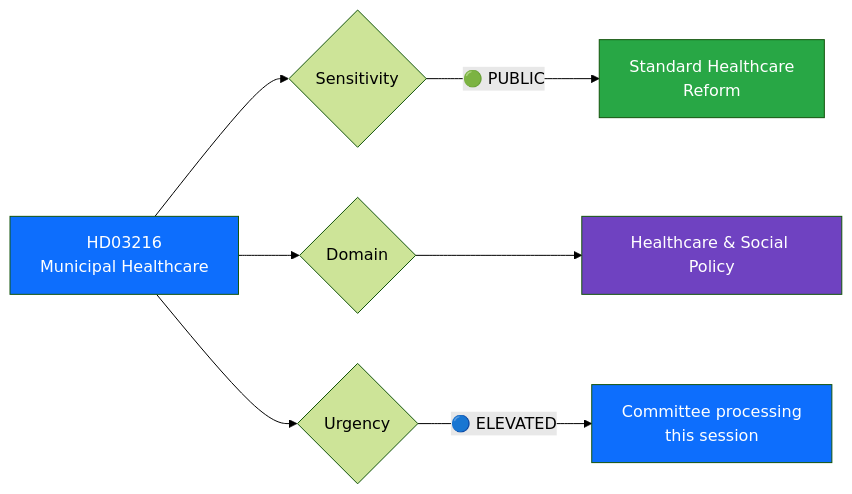
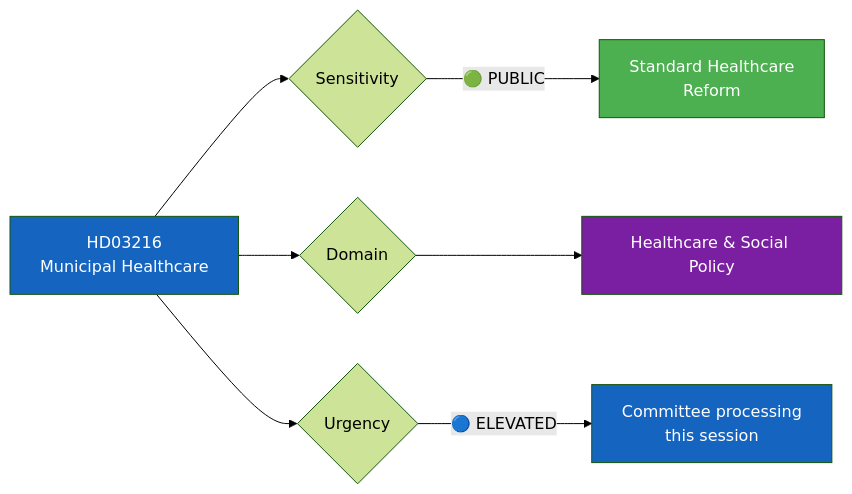
One commit to Hack23/riksdagsmonitor changed the diagram in analysis/daily/2026-04-01/documents/HD03216-analysis.md. Above: the diagram before and after it, drawn with Mermaid (forest theme). The commit also changed 785 other files, not shown here.

First line of the commit message:
Normalize mermaid colors across 786 analysis artifacts to ISMS Style Guide palette

````diff
--- a/analysis/daily/2026-04-01/documents/HD03216-analysis.md
+++ b/analysis/daily/2026-04-01/documents/HD03216-analysis.md
@@ -26,16 +26,16 @@
 ```mermaid
 graph LR
     A["HD03216<br/>Municipal Healthcare"] --> B{Sensitivity}
     B -->|"🟢 PUBLIC"| E["Standard Healthcare<br/>Reform"]
     
     A --> G{Domain}
     G --> H["Healthcare & Social Policy"]
     
     A --> I{Urgency}
     I -->|"🔵 ELEVATED"| L["Committee processing<br/>this session"]
     
-    style A fill:#0d6efd,color:#fff
-    style E fill:#28a745,color:#fff
-    style H fill:#6f42c1,color:#fff
-    style L fill:#0d6efd,color:#fff
+    style A fill:#1565C0,color:#FFFFFF
+    style E fill:#4CAF50,color:#FFFFFF
+    style H fill:#7B1FA2,color:#FFFFFF
+    style L fill:#1565C0,color:#FFFFFF
 ```
````
